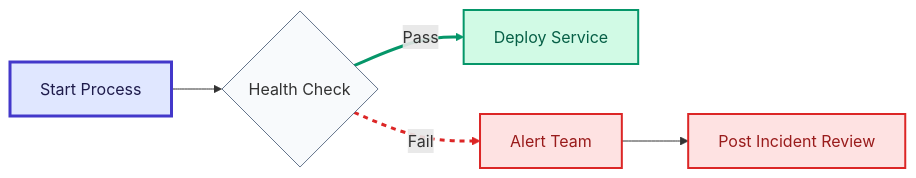
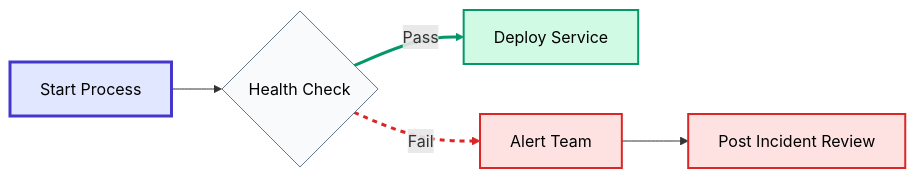
The ninth of 47 diagrams in src/frontend/static/mermaid_help_manual.md (Mazchoo/Notezilla), drawn with Mermaid before and after one commit. The commit also changed other lines of this file, not shown here.

````diff
--- a/src/frontend/static/mermaid_help_manual.md
+++ b/src/frontend/static/mermaid_help_manual.md
@@ -291,25 +289,26 @@
 ```mermaid
+%%{init: {'themeVariables': {'primaryTextColor': '#000000'}}}%%
 flowchart LR
     %% Reusable Class Definitions
-    classDef success fill:#d1fae5,stroke:#059669,stroke-width:2px,color:#065f46;
-    classDef danger fill:#fee2e2,stroke:#dc2626,stroke-width:2px,color:#991b1b;
-    classDef default fill:#f8fafc,stroke:#64748b,stroke-width:1px;
+    classDef success fill:#d1fae5,stroke:#059669,stroke-width:2px,color:#000000;
+    classDef danger fill:#fee2e2,stroke:#dc2626,stroke-width:2px,color:#000000;
+    classDef default fill:#f8fafc,stroke:#64748b,stroke-width:1px,color:#000000;
 
     %% Direct Inline Style
     A[Start Process] --> B{Health Check}
-    style A fill:#e0e7ff,stroke:#4338ca,stroke-width:3px,color:#1e1b4b
+    style A fill:#e0e7ff,stroke:#4338ca,stroke-width:3px,color:#000000
 
     %% Shorthand Class Application
     B -->|Pass| C[Deploy Service]:::success
     B -->|Fail| D[Alert Team]:::danger
 
     %% Explicit class assignment
     E[Post Incident Review]
     class E danger
 
     D --> E
 
     %% Link Styling (0 is A->B, 1 is B->C, 2 is B->D, 3 is D->E)
     linkStyle 1 stroke:#059669,stroke-width:3px;
     linkStyle 2 stroke:#dc2626,stroke-width:3px,stroke-dasharray: 5 5;
 ```
````
